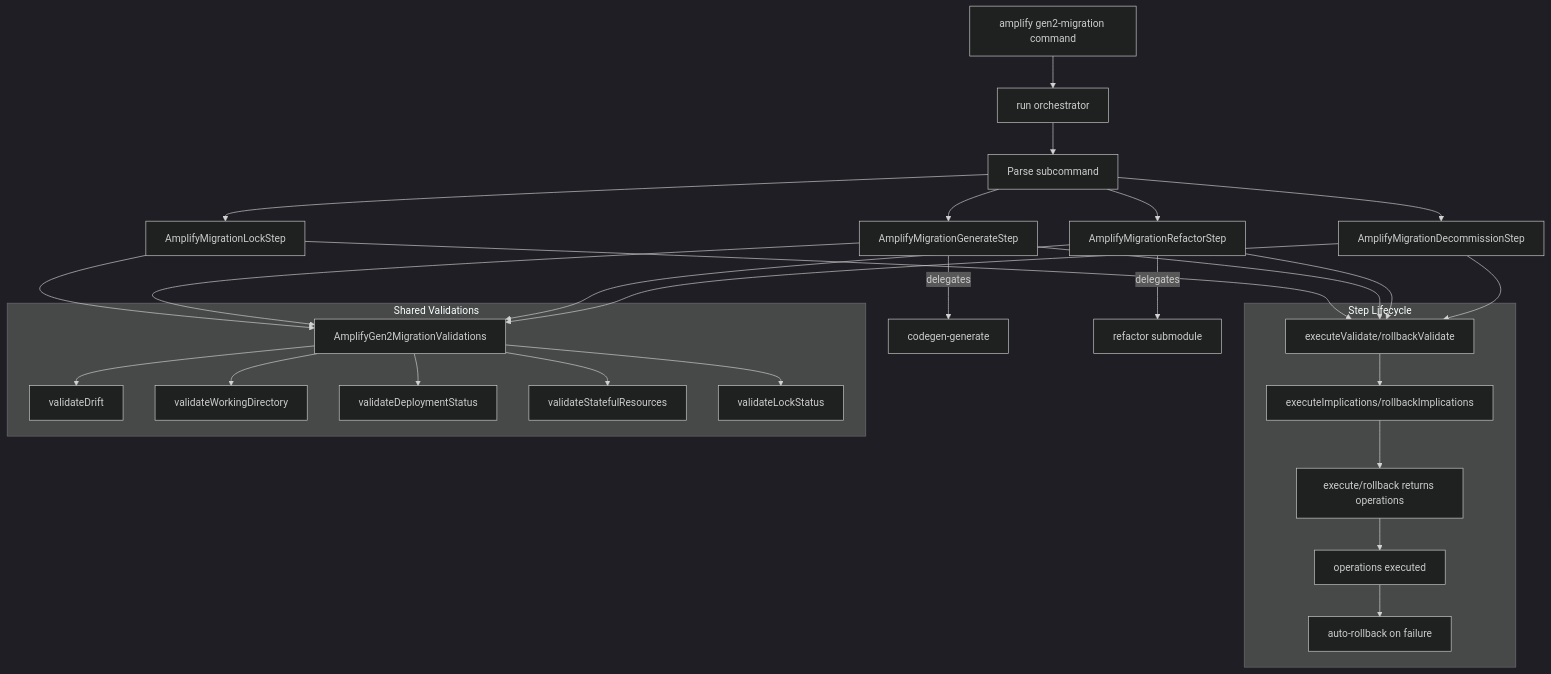
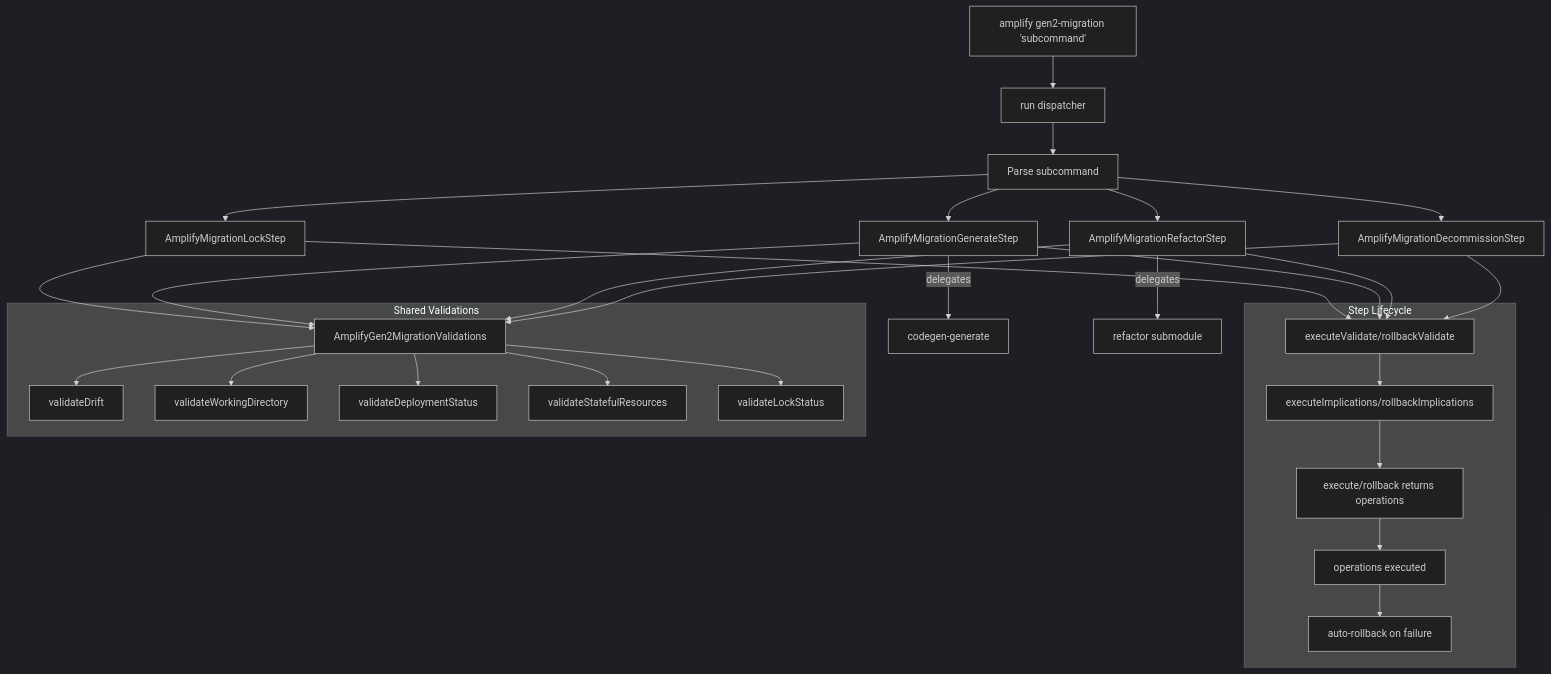
One commit to aws-amplify/amplify-cli changed the diagram in docs/amplify-cli/src/gen2-migration.md. Above: the diagram before and after it, drawn with Mermaid (dark theme). The commit also changed other lines of this file, not shown here.

````diff
--- a/docs/amplify-cli/src/gen2-migration.md
+++ b/docs/amplify-cli/src/gen2-migration.md
@@ -28,39 +29,39 @@
 ```mermaid
 flowchart TD
-    CLI[amplify gen2-migration command] --> RUN[run orchestrator]
+    CLI[amplify gen2-migration 'subcommand'] --> RUN[run dispatcher]
     RUN --> PARSE[Parse subcommand]
     
     PARSE --> LOCK[AmplifyMigrationLockStep]
     PARSE --> GEN[AmplifyMigrationGenerateStep]
     PARSE --> REF[AmplifyMigrationRefactorStep]
     PARSE --> DEC[AmplifyMigrationDecommissionStep]
     
     subgraph "Step Lifecycle"
         VI[executeValidate/rollbackValidate] --> IMP[executeImplications/rollbackImplications]
         IMP --> OPS[execute/rollback returns operations]
         OPS --> EX[operations executed]
         EX --> AR[auto-rollback on failure]
     end
     
     LOCK --> VI
     GEN --> VI
     REF --> VI
     DEC --> VI
     
     GEN -->|delegates| CG[codegen-generate]
     REF -->|delegates| RF[refactor submodule]
     
     subgraph "Shared Validations"
         VAL[AmplifyGen2MigrationValidations]
         VAL --> VD[validateDrift]
         VAL --> VW[validateWorkingDirectory]
         VAL --> VS[validateDeploymentStatus]
         VAL --> VSR[validateStatefulResources]
         VAL --> VL[validateLockStatus]
     end
     
     LOCK --> VAL
     GEN --> VAL
     REF --> VAL
     DEC --> VAL
 ```
````
